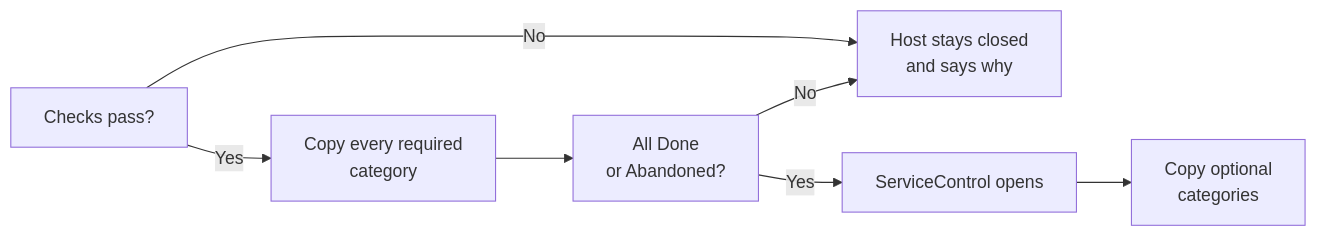
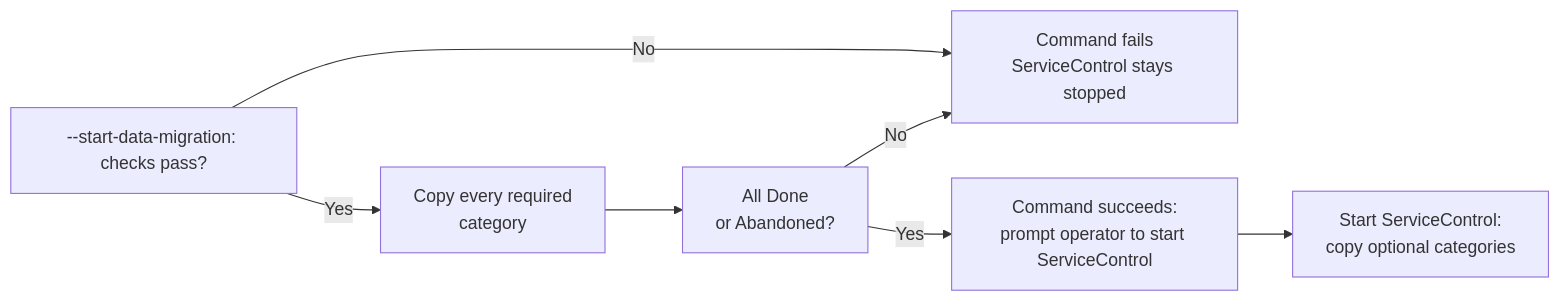
One commit to Particular/ServiceControl changed the fourth of 5 diagrams in docs/migration/ravendb-to-sql-migration-overview.md. Above: the diagram before and after it, drawn with Mermaid. The commit also changed other lines of this file and 43 other files, not shown here.

````diff
--- a/docs/migration/ravendb-to-sql-migration-overview.md
+++ b/docs/migration/ravendb-to-sql-migration-overview.md
@@ -269,9 +270,9 @@
 ```mermaid
 flowchart LR
-    A["Checks pass?"] -->|No| X["Host stays closed<br/>and says why"]
+    A["--start-data-migration: checks pass?"] -->|No| X["Command fails<br/>ServiceControl stays stopped"]
     A -->|Yes| B["Copy every required<br/>category"]
     B --> C["All Done<br/>or Abandoned?"]
     C -->|No| X
-    C -->|Yes| D["ServiceControl opens"]
-    D --> E["Copy optional<br/>categories"]
+    C -->|Yes| D["Command succeeds:<br/>prompt operator to start ServiceControl"]
+    D --> E["Start ServiceControl:<br/>copy optional categories"]
 ```
````
